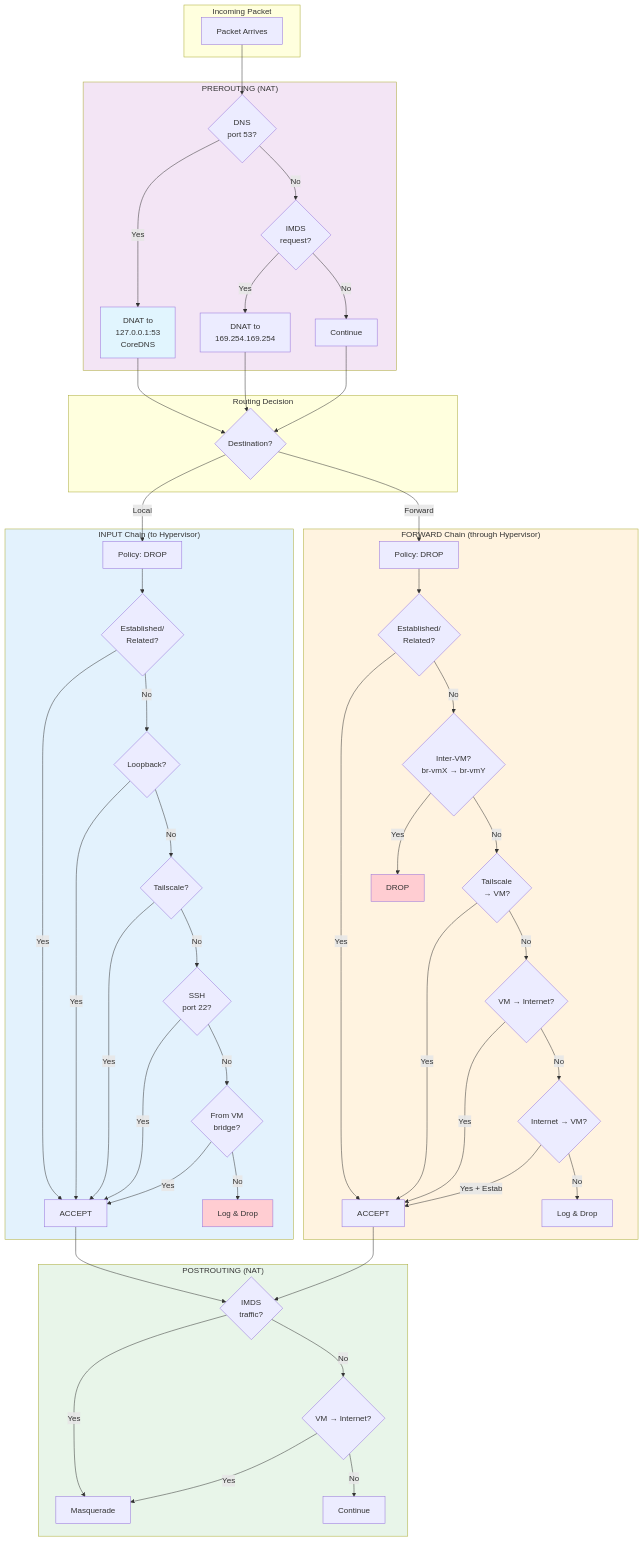
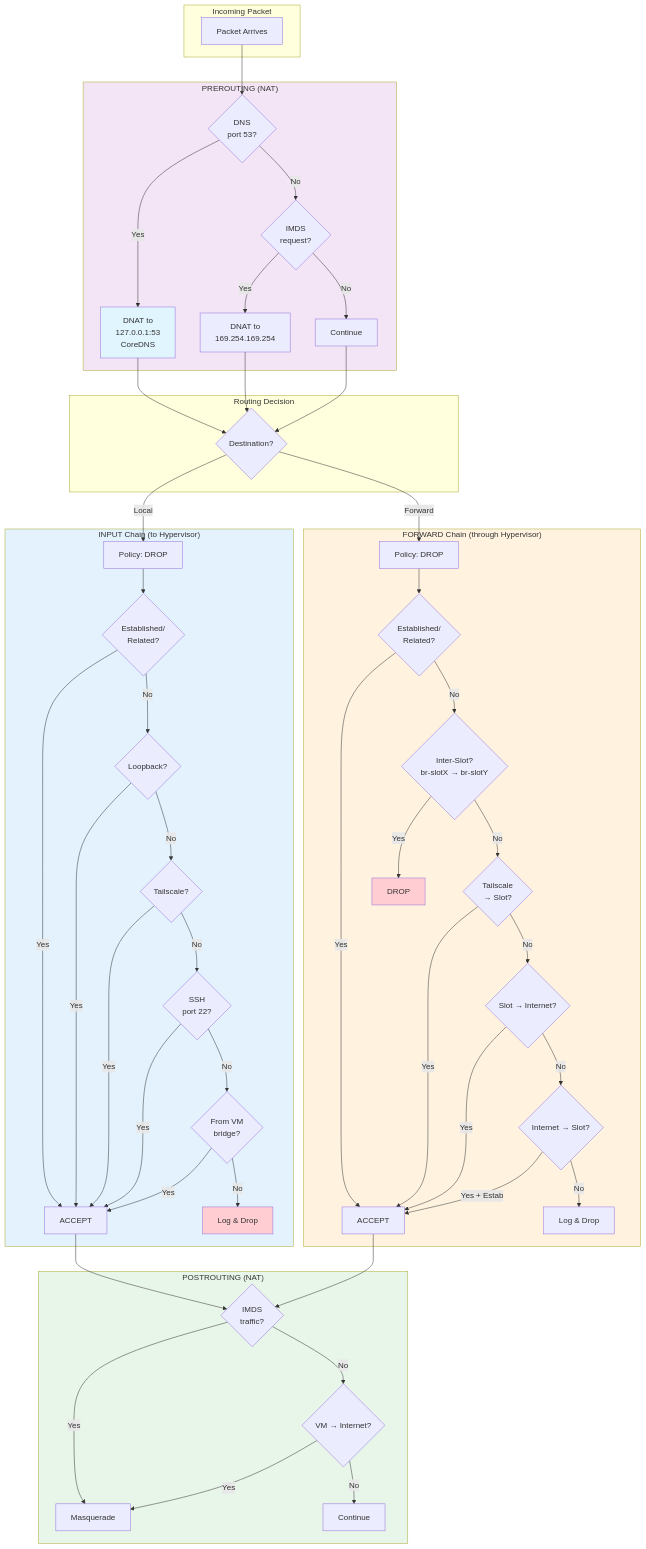
Before and after one commit to r33drichards/simple-microvm-infra: the tenth of 15 diagrams in NETWORK-TOPOLOGY.md, drawn with Mermaid. The commit also changed other lines of this file and 3 other files, not shown here.

First line of the commit message:
Update documentation for portable state architecture

```diff
--- a/NETWORK-TOPOLOGY.md
+++ b/NETWORK-TOPOLOGY.md
@@ -504,10 +505,10 @@
     subgraph Forward["FORWARD Chain (through Hypervisor)"]
         FWD_POLICY["Policy: DROP"]
         FWD_ESTAB{Established/<br/>Related?}
-        FWD_ISOLATE{Inter-VM?<br/>br-vmX → br-vmY}
-        FWD_TS_VM{Tailscale<br/>→ VM?}
-        FWD_VM_WAN{VM → Internet?}
-        FWD_WAN_VM{Internet → VM?}
+        FWD_ISOLATE{Inter-Slot?<br/>br-slotX → br-slotY}
+        FWD_TS_VM{Tailscale<br/>→ Slot?}
+        FWD_VM_WAN{Slot → Internet?}
+        FWD_WAN_VM{Internet → Slot?}
         FWD_LOG[Log & Drop]
         FWD_ACCEPT[ACCEPT]
         FWD_DROP[DROP]
```
